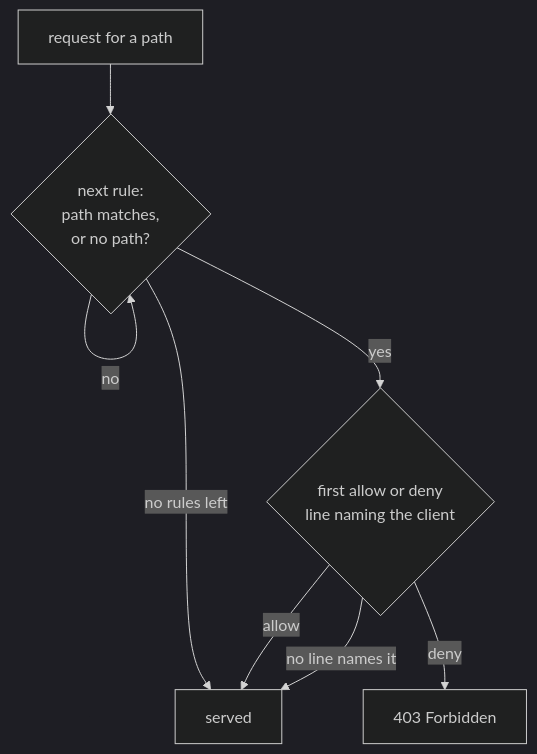
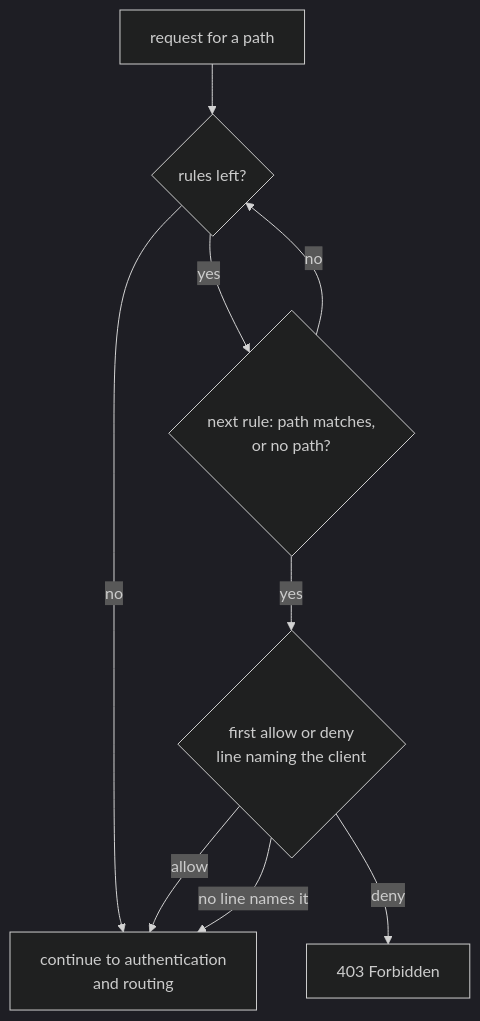
The first of 2 diagrams in doc/ACCESS.md (DanielTillett/klin), drawn with Mermaid (dark theme) before and after one commit. The commit also changed other lines of this file and 25 other files, not shown here.

````diff
--- a/doc/ACCESS.md
+++ b/doc/ACCESS.md
@@ -42,10 +40,11 @@
 ```mermaid
 flowchart TD
-    A["request for a path"] --> B{"next rule:<br/>path matches,<br/>or no path?"}
-    B -- "no" --> B
-    B -- "no rules left" --> OK["served"]
+    A["request for a path"] --> R{"rules left?"}
+    R -- "no" --> OK["continue to authentication<br/>and routing"]
+    R -- "yes" --> B{"next rule: path matches,<br/>or no path?"}
+    B -- "no" --> R
     B -- "yes" --> C{"first allow or deny<br/>line naming the client"}
     C -- "allow" --> OK
     C -- "deny" --> NO["403 Forbidden"]
     C -- "no line names it" --> OK
 ```
````
